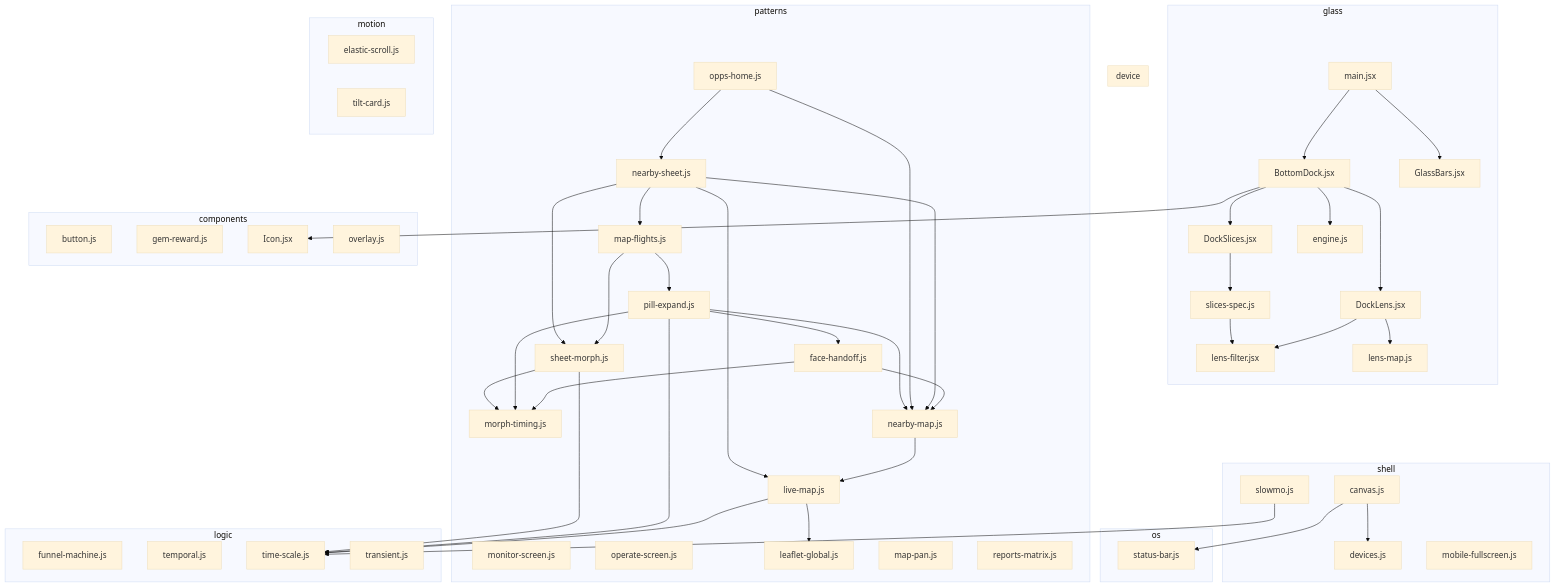
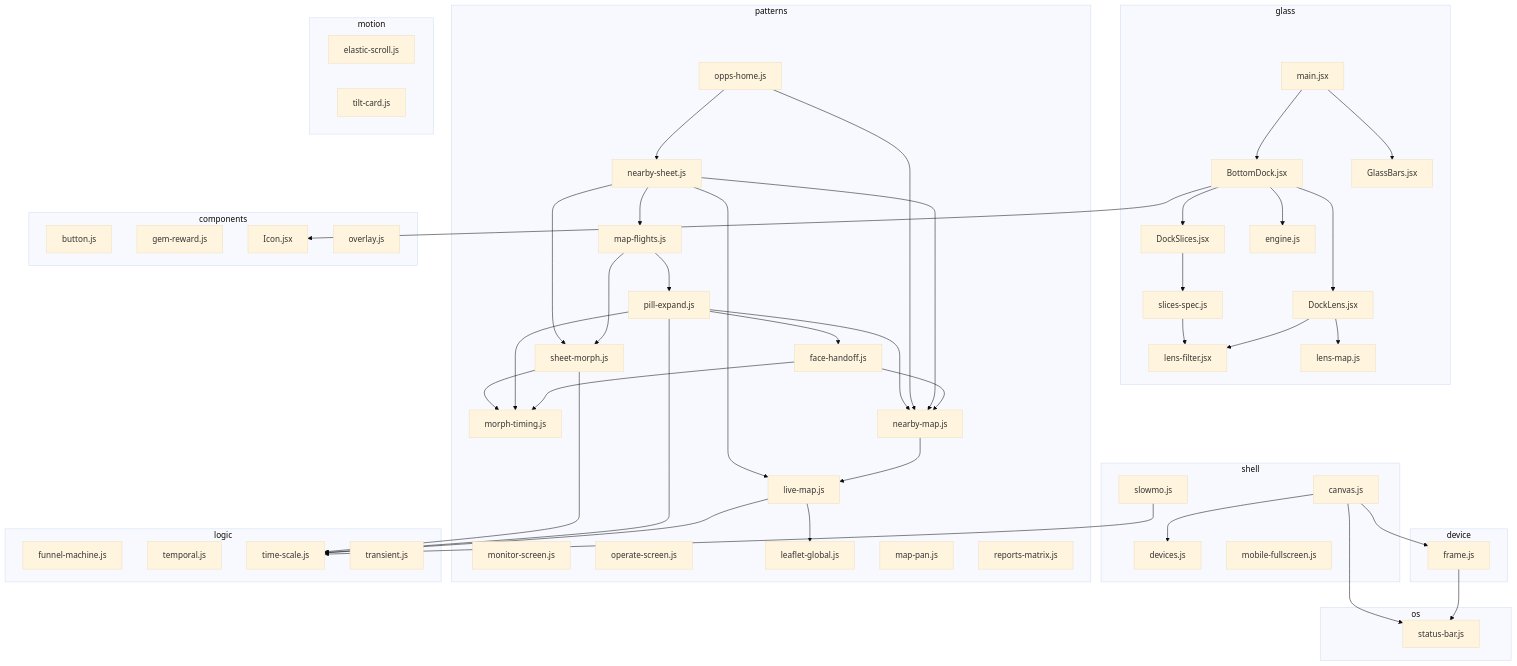
Before and after one commit to IrfanAdam/crm_proj: the diagram in docs/graph.mmd, drawn with Mermaid (base theme). The commit also changed 7 other files, not shown here.

Commit message:
Phase 3: device frame module (frameVars, buildFrame, mounts-only index)

```diff
--- a/docs/graph.mmd
+++ b/docs/graph.mmd
@@ -1,87 +1,90 @@
 graph TD
   subgraph shell
     workspace_canvas[canvas.js]
     workspace_devices[devices.js]
     workspace_mobile-fullscreen[mobile-fullscreen.js]
     workspace_slowmo[slowmo.js]
   end
   subgraph device
+    device_frame[frame.js]
   end
   subgraph os
     os_status-bar[status-bar.js]
   end
   subgraph glass
     glass_BottomDock[BottomDock.jsx]
     glass_DockLens[DockLens.jsx]
     glass_DockSlices[DockSlices.jsx]
     glass_GlassBars[GlassBars.jsx]
     glass_engine[engine.js]
     glass_lens-filter[lens-filter.jsx]
     glass_lens-map[lens-map.js]
     glass_main[main.jsx]
     glass_slices-spec[slices-spec.js]
   end
   subgraph patterns
     patterns_MonitorScreen_monitor-screen[monitor-screen.js]
     patterns_OperateScreen_operate-screen[operate-screen.js]
     patterns_OppsHome_face-handoff[face-handoff.js]
     patterns_OppsHome_leaflet-global[leaflet-global.js]
     patterns_OppsHome_live-map[live-map.js]
     patterns_OppsHome_map-flights[map-flights.js]
     patterns_OppsHome_map-pan[map-pan.js]
     patterns_OppsHome_morph-timing[morph-timing.js]
     patterns_OppsHome_nearby-map[nearby-map.js]
     patterns_OppsHome_nearby-sheet[nearby-sheet.js]
     patterns_OppsHome_opps-home[opps-home.js]
     patterns_OppsHome_pill-expand[pill-expand.js]
     patterns_OppsHome_sheet-morph[sheet-morph.js]
     patterns_ReportsMatrix_reports-matrix[reports-matrix.js]
   end
   subgraph logic
     logic_funnel-machine[funnel-machine.js]
     logic_temporal[temporal.js]
     logic_time-scale[time-scale.js]
     logic_transient[transient.js]
   end
   subgraph components
     components_Button_button[button.js]
     components_GemReward_gem-reward[gem-reward.js]
     components_Icon_Icon[Icon.jsx]
     components_Overlay_overlay[overlay.js]
   end
   subgraph motion
     motion_elastic-scroll[elastic-scroll.js]
     motion_tilt-card[tilt-card.js]
   end
+  device_frame --> os_status-bar
   glass_BottomDock --> glass_DockLens
   glass_BottomDock --> glass_DockSlices
   glass_BottomDock --> glass_engine
   glass_BottomDock --> components_Icon_Icon
   glass_DockLens --> glass_lens-map
   glass_DockLens --> glass_lens-filter
   glass_DockSlices --> glass_slices-spec
   glass_main --> glass_GlassBars
   glass_main --> glass_BottomDock
   glass_slices-spec --> glass_lens-filter
   patterns_OppsHome_face-handoff --> patterns_OppsHome_nearby-map
   patterns_OppsHome_face-handoff --> patterns_OppsHome_morph-timing
   patterns_OppsHome_live-map --> patterns_OppsHome_leaflet-global
   patterns_OppsHome_live-map --> logic_time-scale
   patterns_OppsHome_map-flights --> patterns_OppsHome_sheet-morph
   patterns_OppsHome_map-flights --> patterns_OppsHome_pill-expand
   patterns_OppsHome_nearby-map --> patterns_OppsHome_live-map
   patterns_OppsHome_nearby-sheet --> patterns_OppsHome_live-map
   patterns_OppsHome_nearby-sheet --> patterns_OppsHome_sheet-morph
   patterns_OppsHome_nearby-sheet --> patterns_OppsHome_map-flights
   patterns_OppsHome_nearby-sheet --> patterns_OppsHome_nearby-map
   patterns_OppsHome_opps-home --> patterns_OppsHome_nearby-map
   patterns_OppsHome_opps-home --> patterns_OppsHome_nearby-sheet
   patterns_OppsHome_pill-expand --> patterns_OppsHome_nearby-map
   patterns_OppsHome_pill-expand --> patterns_OppsHome_morph-timing
   patterns_OppsHome_pill-expand --> patterns_OppsHome_face-handoff
   patterns_OppsHome_pill-expand --> logic_time-scale
   patterns_OppsHome_sheet-morph --> patterns_OppsHome_morph-timing
   patterns_OppsHome_sheet-morph --> logic_time-scale
   workspace_canvas --> workspace_devices
   workspace_canvas --> os_status-bar
+  workspace_canvas --> device_frame
   workspace_slowmo --> logic_time-scale
```
